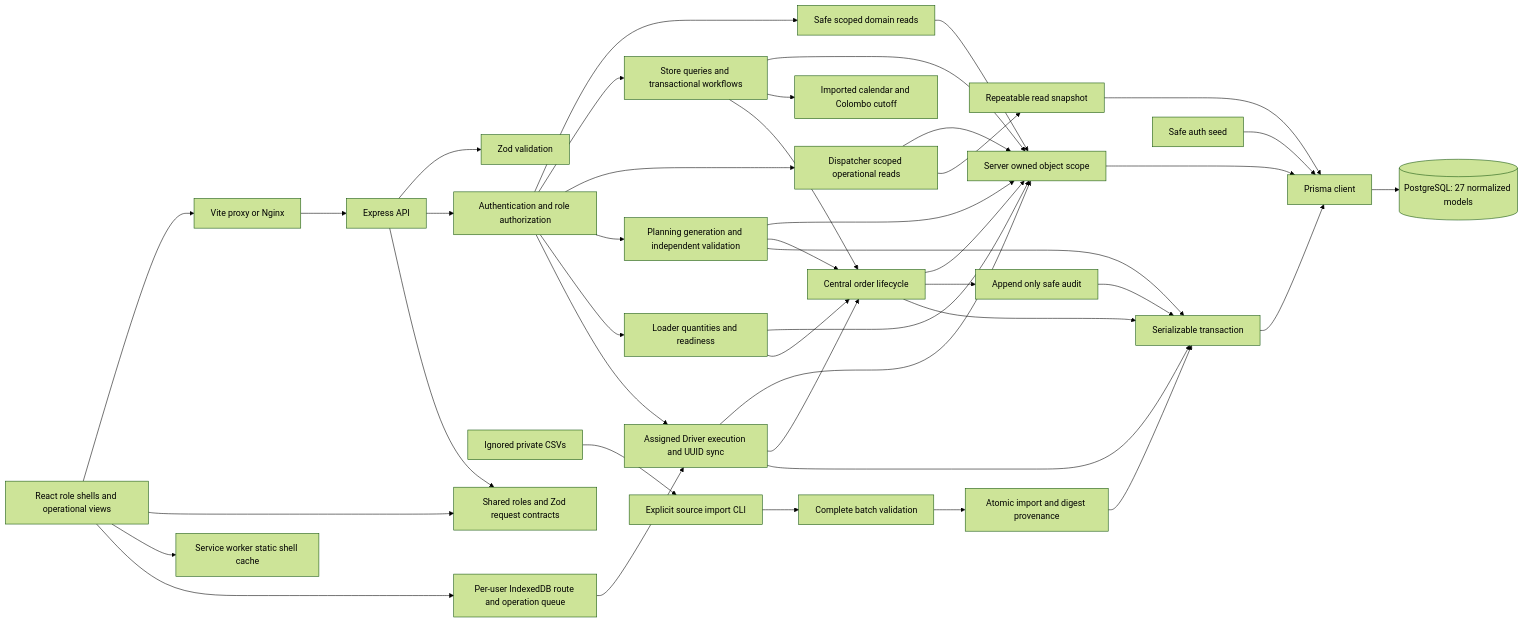
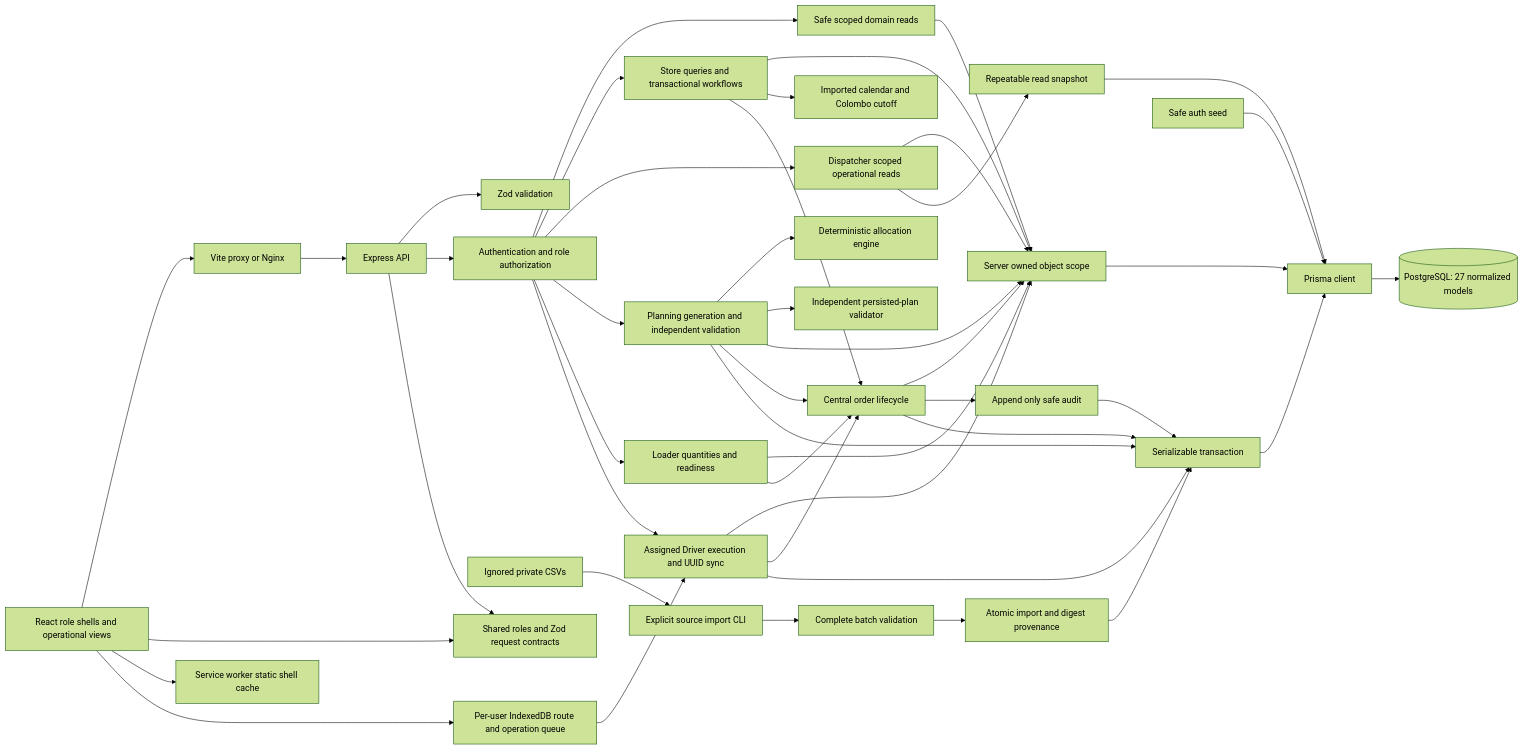
One commit to sameer-jr/CodeCrunchers_WaypointPulse changed the diagram in docs/architecture.md. Above: the diagram before and after it, drawn with Mermaid (forest theme). The commit also changed other lines of this file and 27 other files, not shown here.

````diff
--- a/docs/architecture.md
+++ b/docs/architecture.md
@@ -5,45 +5,47 @@
 ```mermaid
 flowchart LR
   Browser[React role shells and operational views] --> Proxy[Vite proxy or Nginx]
   Proxy --> API[Express API]
   API --> Validation[Zod validation]
   API --> Auth[Authentication and role authorization]
   Auth --> Reads[Safe scoped domain reads]
   Auth --> Store[Store queries and transactional workflows]
   Auth --> Dispatcher[Dispatcher scoped operational reads]
   Auth --> Planning[Planning generation and independent validation]
+  Planning --> Engine[Deterministic allocation engine]
+  Planning --> Validator[Independent persisted-plan validator]
   Auth --> Loader[Loader quantities and readiness]
   Auth --> Driver[Assigned Driver execution and UUID sync]
   Loader --> Scope
   Loader --> Lifecycle
   Driver --> Scope
   Driver --> Lifecycle
   Driver --> Transaction
   Planning --> Scope
   Planning --> Lifecycle
   Planning --> Transaction
   Reads --> Scope[Server owned object scope]
   Store --> Scope
   Store --> Calendar[Imported calendar and Colombo cutoff]
   Store --> Lifecycle
   Dispatcher --> Scope
   Dispatcher --> Snapshot[Repeatable read snapshot]
   Snapshot --> Prisma
   Lifecycle[Central order lifecycle] --> Scope
   Lifecycle --> Audit[Append only safe audit]
   Lifecycle --> Transaction[Serializable transaction]
   Audit --> Transaction
   Private[Ignored private CSVs] --> CLI[Explicit source import CLI]
   CLI --> Validate[Complete batch validation]
   Validate --> Import[Atomic import and digest provenance]
   Import --> Transaction
   Scope --> Prisma[Prisma client]
   Transaction --> Prisma
   Prisma --> Database[(PostgreSQL: 27 normalized models)]
   Browser --> Shared[Shared roles and Zod request contracts]
   Browser --> ShellCache[Service worker static shell cache]
   Browser --> Device[Per-user IndexedDB route and operation queue]
   Device --> Driver
   API --> Shared
   Seed[Safe auth seed] --> Prisma
 ```
````
